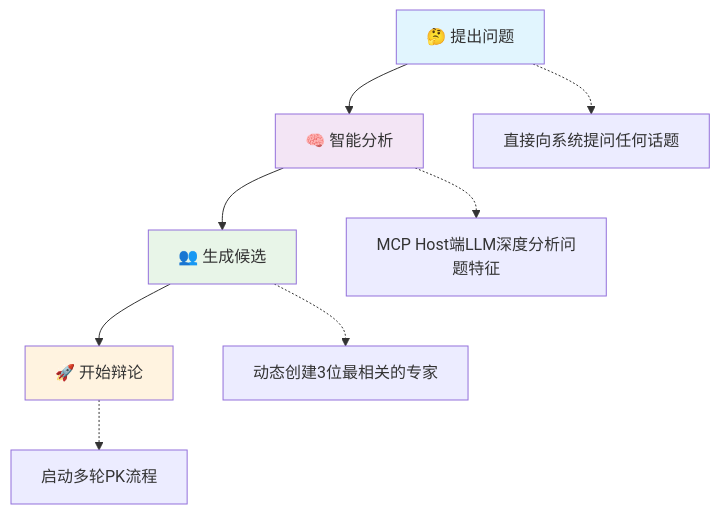
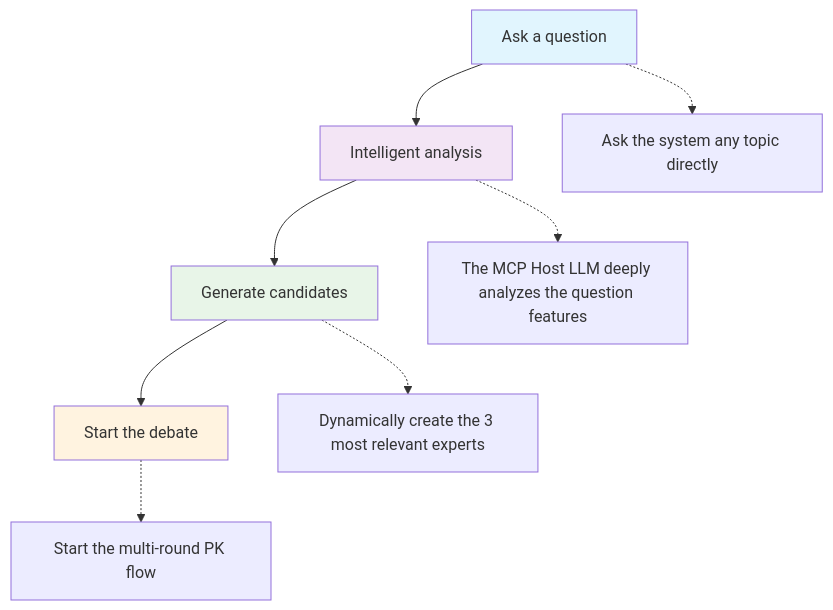
The first of 2 diagrams in docs/mcp/chuenlye-guru-pk.md (aidyou/chatspeed-res), drawn with Mermaid before and after one commit. The commit also changed other lines of this file and 358 other files, not shown here.

````diff
--- a/docs/mcp/chuenlye-guru-pk.md
+++ b/docs/mcp/chuenlye-guru-pk.md
@@ -200,41 +200,41 @@
 ```mermaid
 
 flowchart TD
 
-    A[🤔 提出问题] --> B[🧠 智能分析]
+    A[Ask a question] --> B[Intelligent analysis]
 
-    B --> C[👥 生成候选]
+    B --> C[Generate candidates]
 
-    C --> D[🚀 开始辩论]
+    C --> D[Start the debate]
 
     
 
-    A1[直接向系统提问任何话题]
+    A1[Ask the system any topic directly]
 
-    B1[MCP Host端LLM深度分析问题特征]
+    B1[The MCP Host LLM deeply analyzes the question features]
 
-    C1[动态创建3位最相关的专家]
+    C1[Dynamically create the 3 most relevant experts]
 
-    D1[启动多轮PK流程]
+    D1[Start the multi-round PK flow]
 
     
 
     A -.-> A1
 
     B -.-> B1
 
     C -.-> C1
 
     D -.-> D1
 
     
 
     style A fill:#e1f5fe
 
     style B fill:#f3e5f5
 
     style C fill:#e8f5e8
 
     style D fill:#fff3e0
 
 ```
````
